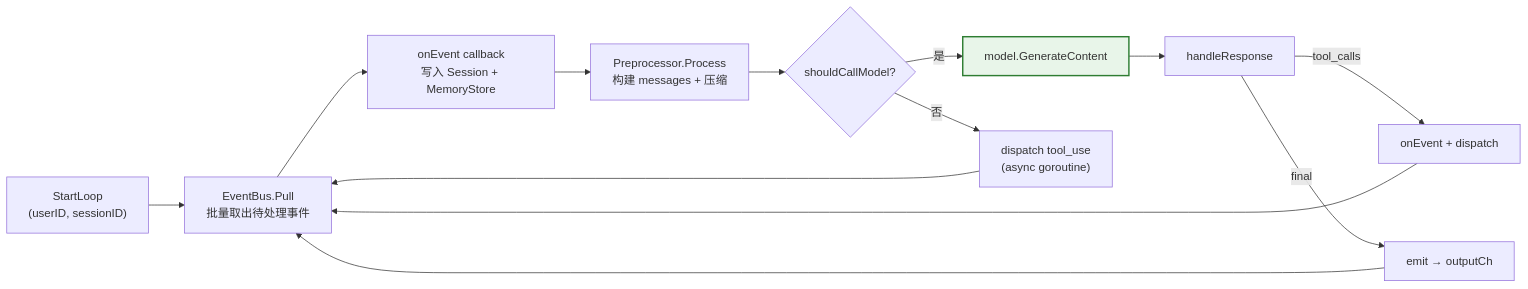
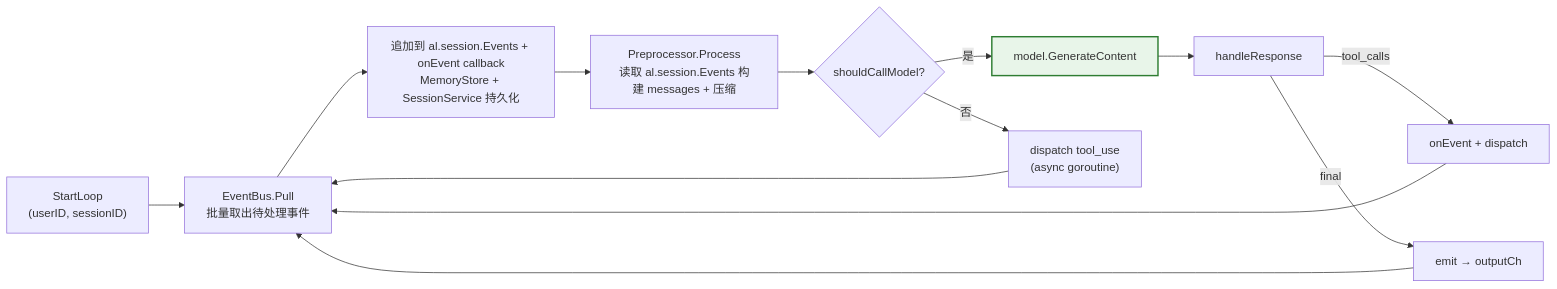
The fourth of 9 diagrams in README.md (SpellingDragon/tagent), drawn with Mermaid before and after one commit. The commit also changed other lines of this file and 6 other files, not shown here.

````diff
--- a/README.md
+++ b/README.md
@@ -219,17 +221,17 @@
 ```mermaid
 graph LR
     START["StartLoop<br/>(userID, sessionID)"] --> PULL["EventBus.Pull<br/>批量取出待处理事件"]
-    PULL --> ONEVT["onEvent callback<br/>写入 Session + MemoryStore"]
-    ONEVT --> PROC["Preprocessor.Process<br/>构建 messages + 压缩"]
+    PULL --> ONEVT["追加到 al.session.Events + onEvent callback<br/>MemoryStore + SessionService 持久化"]
+    ONEVT --> PROC["Preprocessor.Process<br/>读取 al.session.Events 构建 messages + 压缩"]
     PROC --> MODEL{"shouldCallModel?"}
     MODEL -->|"是"| CALL["model.GenerateContent"]
     MODEL -->|"否"| DISPATCH["dispatch tool_use<br/>(async goroutine)"]
     CALL --> RESP["handleResponse"]
     RESP -->|"tool_calls"| ONEVT2["onEvent + dispatch"]
     RESP -->|"final"| EMIT["emit → outputCh"]
     ONEVT2 --> PULL
     EMIT --> PULL
     DISPATCH --> PULL
 
     style CALL fill:#e8f5e9,stroke:#2e7d32,stroke-width:2px
 ```
````
